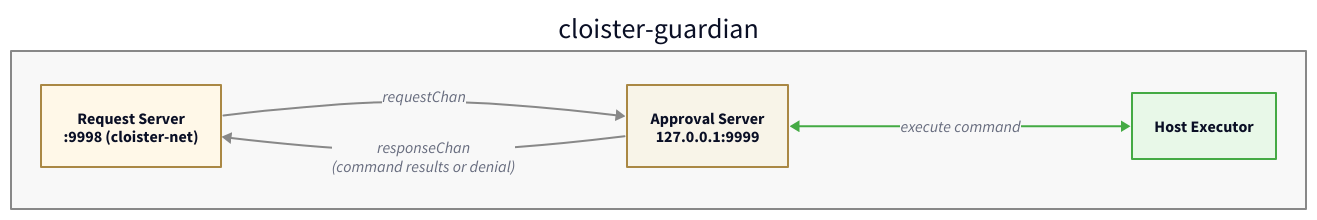
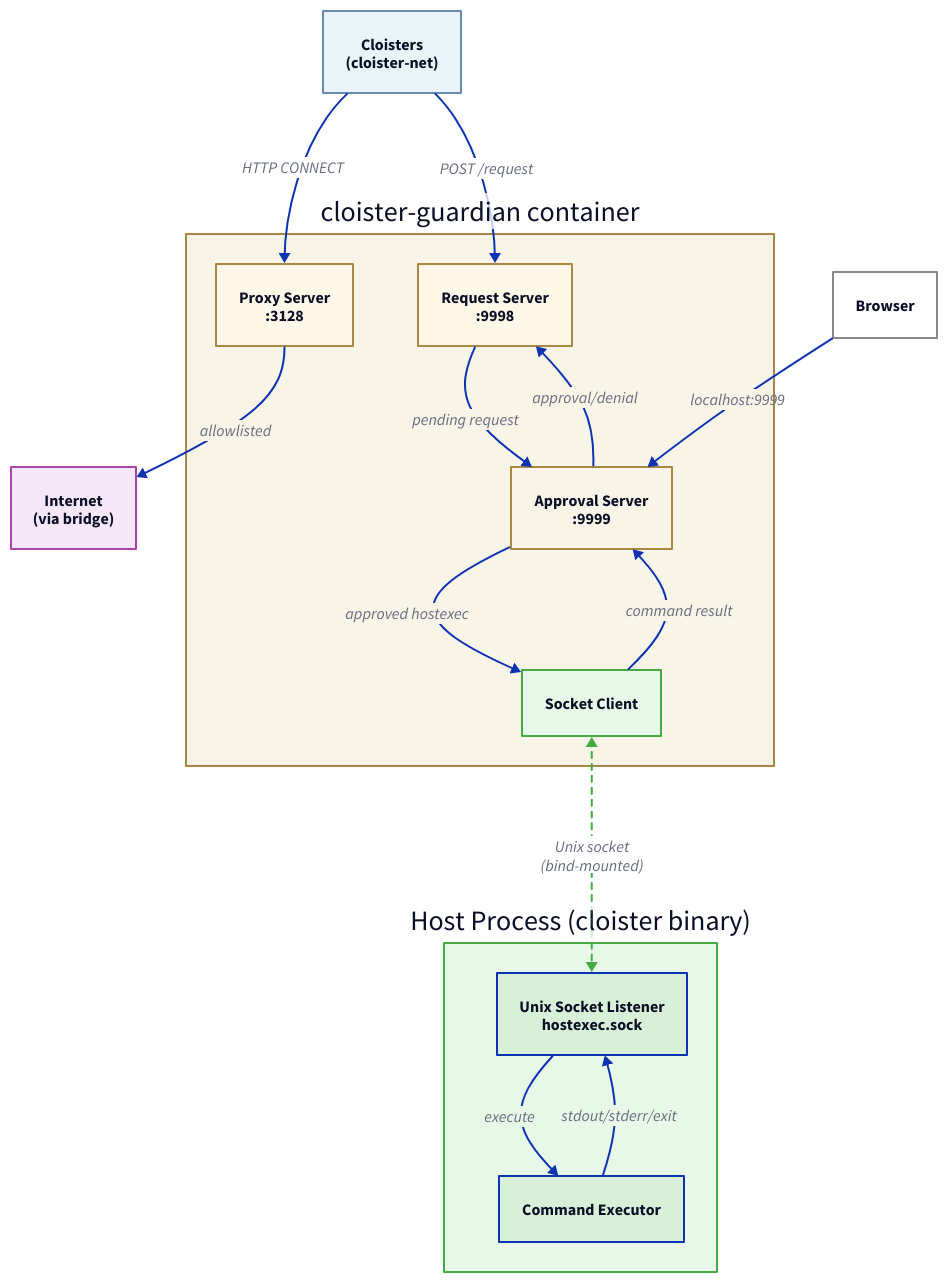
Before and after one commit to xdg/cloister: the diagram in docs/diagrams/guardian-internal.d2, drawn with D2. The commit also changed 10 other files, not shown here.

First line of the commit message:
Revise documentation with guardian architecture and CLI workflows

```diff
--- a/docs/diagrams/guardian-internal.d2
+++ b/docs/diagrams/guardian-internal.d2
@@ -1,36 +1,78 @@
-# cloister-guardian Internal Architecture
-direction: right
+# Guardian Architecture: Container + Host Process
+direction: down
 
-cloister-guardian: {
-  style.fill: "#f8f8f8"
-  style.stroke: "#888"
+container: cloister-guardian container {
+  style.fill: "#f8f4e8"
+  style.stroke: "#a84"
 
-  request_server: "Request Server\n:9998 (cloister-net)" {
+  proxy: "Proxy Server\n:3128" {
     style.fill: "#fff8e8"
     style.stroke: "#a84"
   }
 
-  approval_server: "Approval Server\n127.0.0.1:9999" {
+  request_server: "Request Server\n:9998" {
+    style.fill: "#fff8e8"
+    style.stroke: "#a84"
+  }
+
+  approval_server: "Approval Server\n:9999" {
     style.fill: "#f8f4e8"
     style.stroke: "#a84"
   }
 
-  executor: "Host Executor" {
+  socket_client: "Socket Client" {
     style.fill: "#e8f8e8"
     style.stroke: "#4a4"
   }
 
-  request_server -> approval_server: requestChan {
-    style.stroke: "#888"
+  request_server -> approval_server: pending request
+  approval_server -> request_server: approval/denial
+
+  approval_server -> socket_client: approved hostexec
+  socket_client -> approval_server: command result
+}
+
+host: Host Process (cloister binary) {
+  style.fill: "#e8f8e8"
+  style.stroke: "#4a4"
+
+  socket_listener: "Unix Socket Listener\nhostexec.sock" {
+    style.fill: "#d8f0d8"
   }
 
-  approval_server <-> executor: execute command {
-    style.stroke: "#4a4"
+  executor: "Command Executor" {
+    style.fill: "#d8f0d8"
   }
 
-  approval_server -> request_server: responseChan\n(command results or denial) {
-    style.stroke: "#888"
-  }
+  socket_listener -> executor: execute
+  executor -> socket_listener: stdout/stderr/exit
 }
 
+# Unix socket IPC
+container.socket_client <-> host.socket_listener: Unix socket\n(bind-mounted) {
+  style.stroke: "#4a4"
+  style.stroke-dash: 3
+}
+
+# External connections
+cloisters: "Cloisters\n(cloister-net)" {
+  style.fill: "#e8f4f8"
+  style.stroke: "#68b"
+}
+
+internet: "Internet\n(via bridge)" {
+  style.fill: "#f4e8f8"
+  style.stroke: "#a4a"
+}
+
+browser: "Browser" {
+  style.fill: "#fff"
+  style.stroke: "#888"
+}
+
+cloisters -> container.proxy: HTTP CONNECT
+cloisters -> container.request_server: POST /request
+container.proxy -> internet: allowlisted
+browser -> container.approval_server: localhost:9999
+
 # vim: set ts=2 sts=2 sw=2 et tw=75:
```
